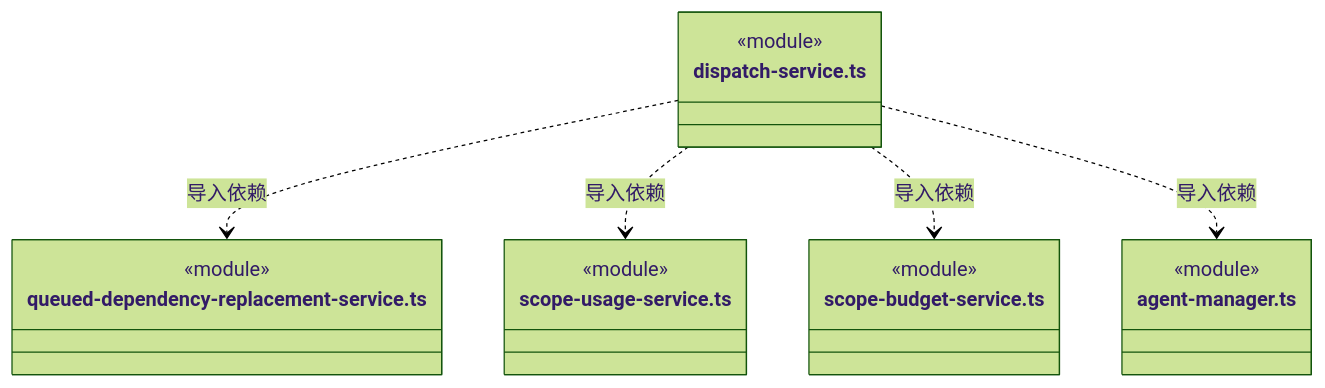
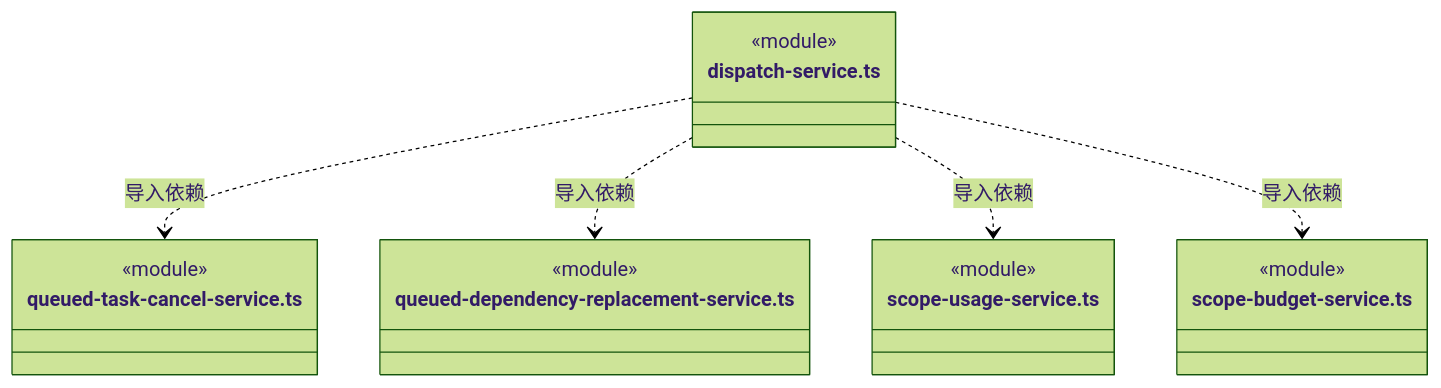
Before and after one commit to nan023062/cbim: diagram 47 of 59 in src/backend/scheduler-engine/execution/ARCHITECTURE.md, drawn with Mermaid (forest theme). The commit also changed other lines of this file and 52 other files, not shown here.

````diff
--- a/src/backend/scheduler-engine/execution/ARCHITECTURE.md
+++ b/src/backend/scheduler-engine/execution/ARCHITECTURE.md
@@ -1202,22 +1264,22 @@
 ```mermaid
 classDiagram
 class N_src_backend_scheduler_engine_execution_dispatch_service_ts["dispatch-service.ts"] {
+  <<module>>
+}
+class N_src_backend_scheduler_engine_execution_queued_task_cancel_service_ts["queued-task-cancel-service.ts"] {
   <<module>>
 }
 class N_src_backend_scheduler_engine_execution_queued_dependency_replacement_service_ts["queued-dependency-replacement-service.ts"] {
   <<module>>
 }
 class N_src_backend_scheduler_engine_execution_scope_usage_service_ts["scope-usage-service.ts"] {
   <<module>>
 }
 class N_src_backend_scheduler_engine_execution_scope_budget_service_ts["scope-budget-service.ts"] {
   <<module>>
 }
-class N_src_backend_scheduler_engine_execution_agent_manager_ts["agent-manager.ts"] {
-  <<module>>
-}
+N_src_backend_scheduler_engine_execution_dispatch_service_ts ..> N_src_backend_scheduler_engine_execution_queued_task_cancel_service_ts : 导入依赖
 N_src_backend_scheduler_engine_execution_dispatch_service_ts ..> N_src_backend_scheduler_engine_execution_queued_dependency_replacement_service_ts : 导入依赖
 N_src_backend_scheduler_engine_execution_dispatch_service_ts ..> N_src_backend_scheduler_engine_execution_scope_usage_service_ts : 导入依赖
 N_src_backend_scheduler_engine_execution_dispatch_service_ts ..> N_src_backend_scheduler_engine_execution_scope_budget_service_ts : 导入依赖
-N_src_backend_scheduler_engine_execution_dispatch_service_ts ..> N_src_backend_scheduler_engine_execution_agent_manager_ts : 导入依赖
 ```
````
